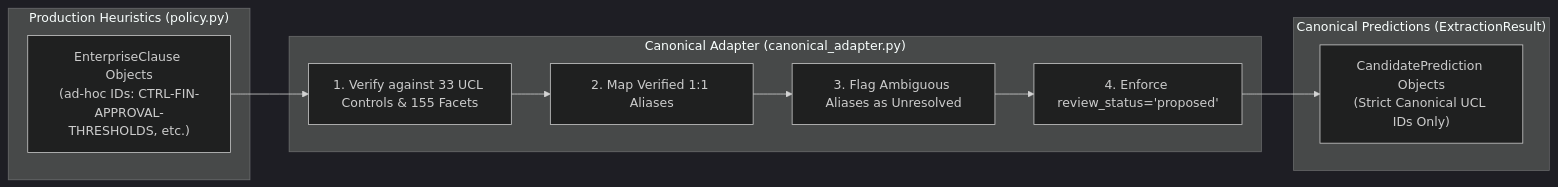
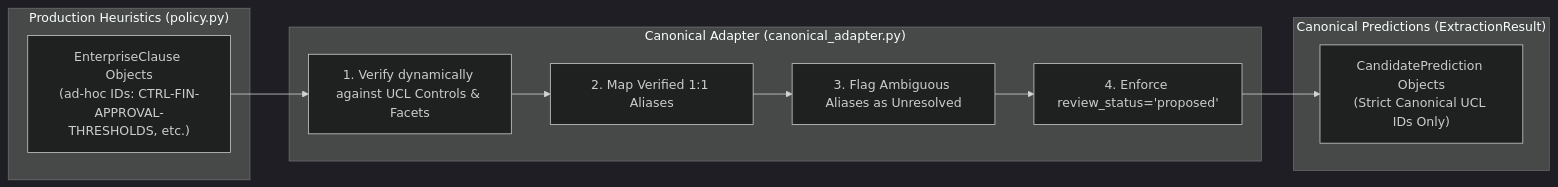
One commit to VivianFuVivianFu/DeepAuditCrossWalk changed the diagram in P1B1_CANONICAL_ADAPTER_VERIFICATION.md. Above: the diagram before and after it, drawn with Mermaid (dark theme). The commit also changed other lines of this file and 44 other files, not shown here.

````diff
--- a/P1B1_CANONICAL_ADAPTER_VERIFICATION.md
+++ b/P1B1_CANONICAL_ADAPTER_VERIFICATION.md
@@ -18,23 +18,23 @@
 ```mermaid
 flowchart LR
     subgraph Legacy_Production ["Production Heuristics (policy.py)"]
         LegacyOut["EnterpriseClause Objects<br>(ad-hoc IDs: CTRL-FIN-APPROVAL-THRESHOLDS, etc.)"]
     end
 
     subgraph Canonical_Adapter ["Canonical Adapter (canonical_adapter.py)"]
-        Validate["1. Verify against 33 UCL Controls & 155 Facets"]
+        Validate["1. Verify dynamically against UCL Controls & Facets"]
         Translate["2. Map Verified 1:1 Aliases"]
         Disambig["3. Flag Ambiguous Aliases as Unresolved"]
         Guard["4. Enforce review_status='proposed'"]
     end
 
     subgraph Canonical_Output ["Canonical Predictions (ExtractionResult)"]
         CleanOut["CandidatePrediction Objects<br>(Strict Canonical UCL IDs Only)"]
     end
 
     LegacyOut --> Validate
     Validate --> Translate
     Translate --> Disambig
     Disambig --> Guard
     Guard --> CleanOut
 ```
````
